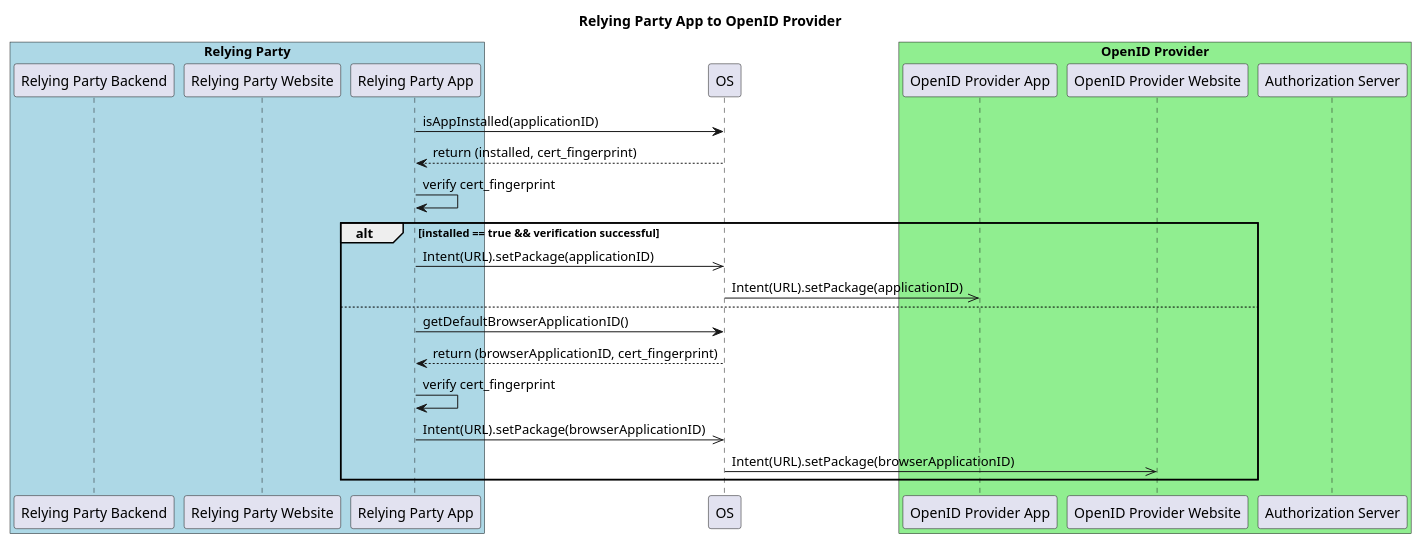
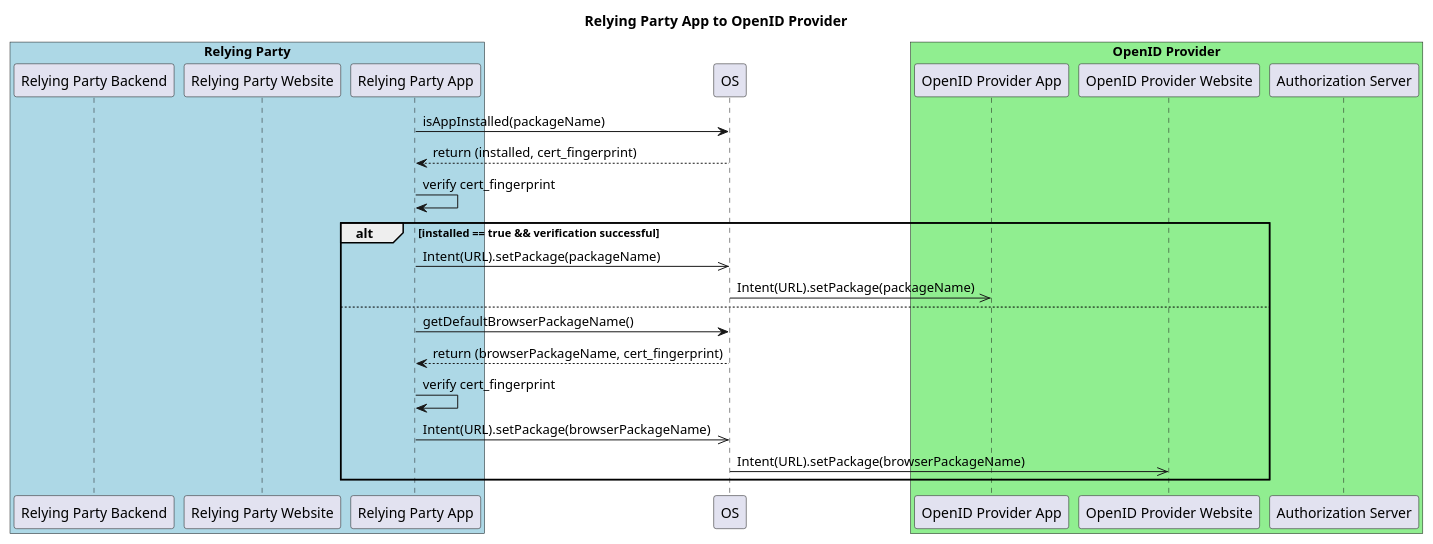
One commit to oauthstuff/app2app-evolution changed the diagram in plantuml/rp_to_idp.plantuml. Above: the diagram before and after it, drawn with PlantUML. The commit also changed 2 other files, not shown here.

```diff
--- a/plantuml/rp_to_idp.plantuml
+++ b/plantuml/rp_to_idp.plantuml
@@ -1,32 +1,32 @@
 @startuml
 
 title Relying Party App to OpenID Provider
 
 box "Relying Party" #LightBlue
 participant "Relying Party Backend" as rpb
 participant "Relying Party Website" as rpw
 participant "Relying Party App" as rpa
 end box
 participant "OS" as os
 box "OpenID Provider" #LightGreen
 participant "OpenID Provider App" as opa
 participant "OpenID Provider Website" as opw
 participant "Authorization Server" as as
 end box
 
-rpa -> os: isAppInstalled(applicationID)
+rpa -> os: isAppInstalled(packageName)
 rpa <-- os: return (installed, cert_fingerprint)
 rpa -> rpa: verify cert_fingerprint
 
 alt installed == true && verification successful
-   rpa ->> os: Intent(URL).setPackage(applicationID)
-   os ->> opa: Intent(URL).setPackage(applicationID)
+   rpa ->> os: Intent(URL).setPackage(packageName)
+   os ->> opa: Intent(URL).setPackage(packageName)
 else
-   rpa -> os: getDefaultBrowserApplicationID()
-   rpa <-- os: return (browserApplicationID, cert_fingerprint)
+   rpa -> os: getDefaultBrowserPackageName()
+   rpa <-- os: return (browserPackageName, cert_fingerprint)
    rpa -> rpa: verify cert_fingerprint
-   rpa ->> os: Intent(URL).setPackage(browserApplicationID)
-   os ->> opw: Intent(URL).setPackage(browserApplicationID)
+   rpa ->> os: Intent(URL).setPackage(browserPackageName)
+   os ->> opw: Intent(URL).setPackage(browserPackageName)
 end
 
 @enduml
```
